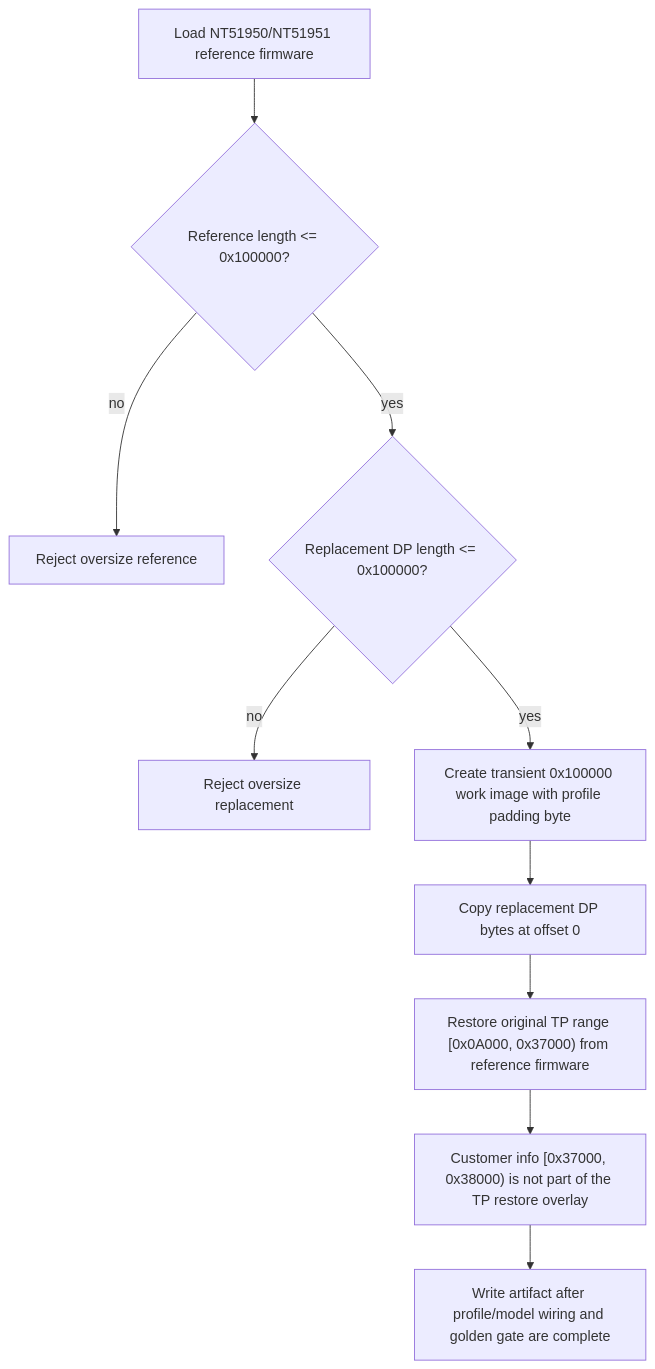
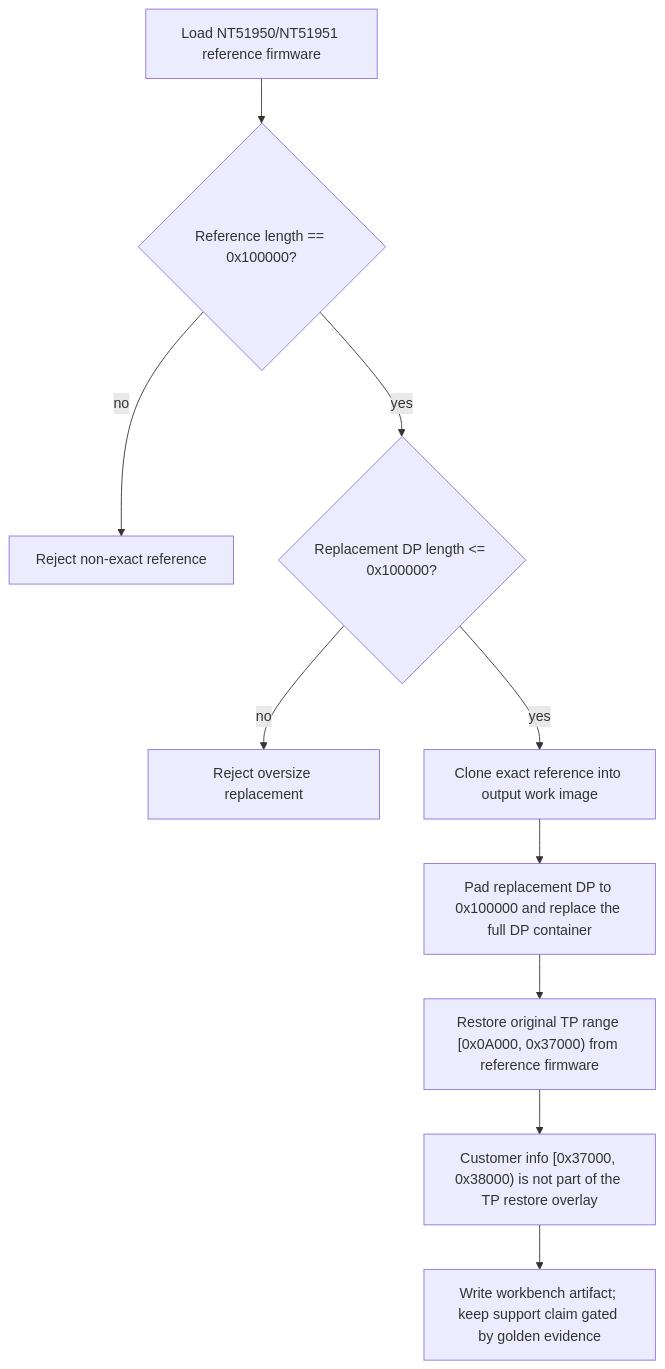
Before and after one commit to Dennis40816/nvt_fw_combiner: the sixth of 12 diagrams in docs/architecture/ic-workflow-flowcharts.md, drawn with Mermaid. The commit also changed other lines of this file and 17 other files, not shown here.

Commit message:
Complete replace workflow wiring

````diff
--- a/docs/architecture/ic-workflow-flowcharts.md
+++ b/docs/architecture/ic-workflow-flowcharts.md
@@ -140,12 +140,12 @@
 ```mermaid
 flowchart TD
-    A["Load NT51950/NT51951 reference firmware"] --> B{"Reference length <= 0x100000?"}
-    B -- "no" --> C["Reject oversize reference"]
+    A["Load NT51950/NT51951 reference firmware"] --> B{"Reference length == 0x100000?"}
+    B -- "no" --> C["Reject non-exact reference"]
     B -- "yes" --> D{"Replacement DP length <= 0x100000?"}
     D -- "no" --> E["Reject oversize replacement"]
-    D -- "yes" --> F["Create transient 0x100000 work image with profile padding byte"]
-    F --> G["Copy replacement DP bytes at offset 0"]
+    D -- "yes" --> F["Clone exact reference into output work image"]
+    F --> G["Pad replacement DP to 0x100000 and replace the full DP container"]
     G --> H["Restore original TP range [0x0A000, 0x37000) from reference firmware"]
     H --> I["Customer info [0x37000, 0x38000) is not part of the TP restore overlay"]
-    I --> J["Write artifact after profile/model wiring and golden gate are complete"]
+    I --> J["Write workbench artifact; keep support claim gated by golden evidence"]
 ```
````
